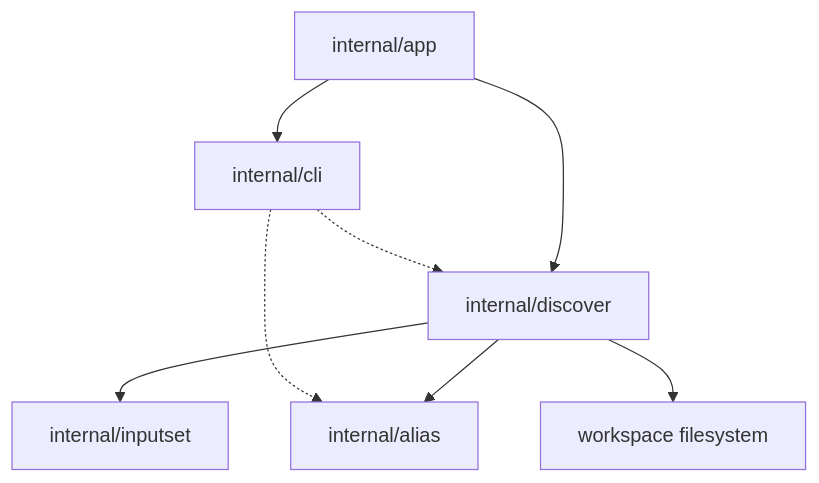
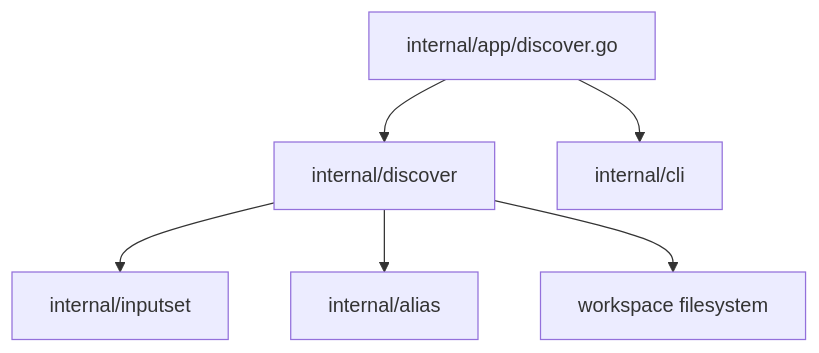
One commit to kimak-irmagi/sqlrs changed the diagram in docs/architecture/discover-component-structure.RU.md. Above: the diagram before and after it, drawn with Mermaid. The commit also changed other lines of this file and 7 other files, not shown here.

````diff
--- a/docs/architecture/discover-component-structure.RU.md
+++ b/docs/architecture/discover-component-structure.RU.md
@@ -212,17 +108,15 @@
 ```mermaid
 flowchart TB
-  APP["internal/app"]
-  DISCOVER["internal/discover"]
+  APP["internal/app/discover.go"]
+  DISC["internal/discover"]
+  CLI["internal/cli"]
+  INPUT["internal/inputset"]
   ALIAS["internal/alias"]
-  INPUTSET["internal/inputset"]
-  CLI["internal/cli"]
   FS["workspace filesystem"]
 
-  APP --> DISCOVER
+  APP --> DISC
   APP --> CLI
-  DISCOVER --> ALIAS
-  DISCOVER --> INPUTSET
-  DISCOVER --> FS
-  CLI -.-> DISCOVER
-  CLI -.-> ALIAS
+  DISC --> INPUT
+  DISC --> ALIAS
+  DISC --> FS
 ```
````
